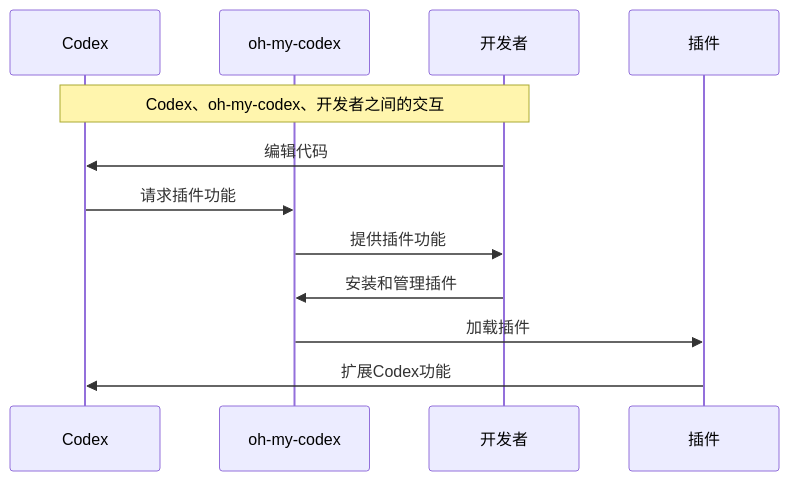
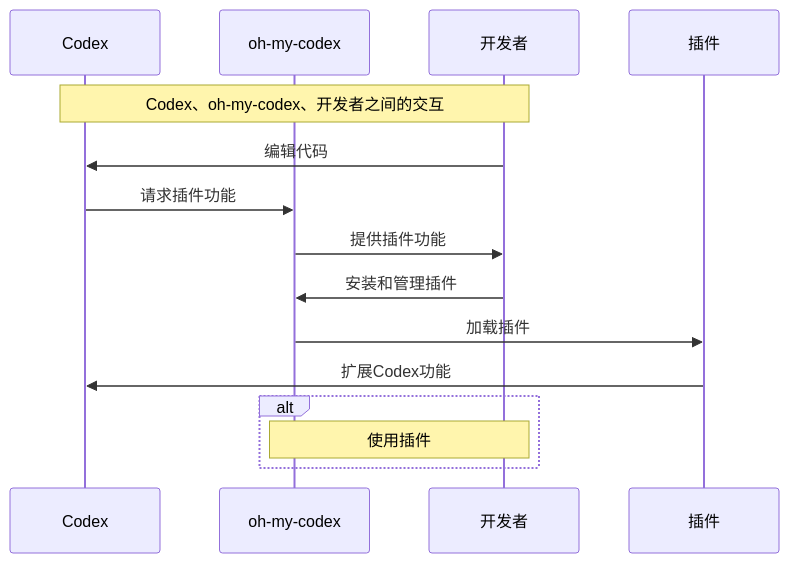
The diagram in src/content/posts/tech/2026-04-26-github110github.md (a920604a/engineernews), drawn with Mermaid before and after one commit. The commit also changed 2 other files, not shown here.

Commit message:
fix: auto-fix mermaid syntax errors in posts

````diff
--- a/src/content/posts/tech/2026-04-26-github110github.md
+++ b/src/content/posts/tech/2026-04-26-github110github.md
@@ -29,14 +29,17 @@
 ```mermaid
 sequenceDiagram
     participant C as Codex
     participant P as oh-my-codex
     participant D as 开发者
     participant A as 插件
     Note over C,D: Codex、oh-my-codex、开发者之间的交互
     D->>C: 编辑代码
     C->>P: 请求插件功能
     P->>D: 提供插件功能
     D->>P: 安装和管理插件
     P->>A: 加载插件
     A->>C: 扩展Codex功能
+    alt 
+    Note over D,P: 使用插件
+    end
 ```
````
